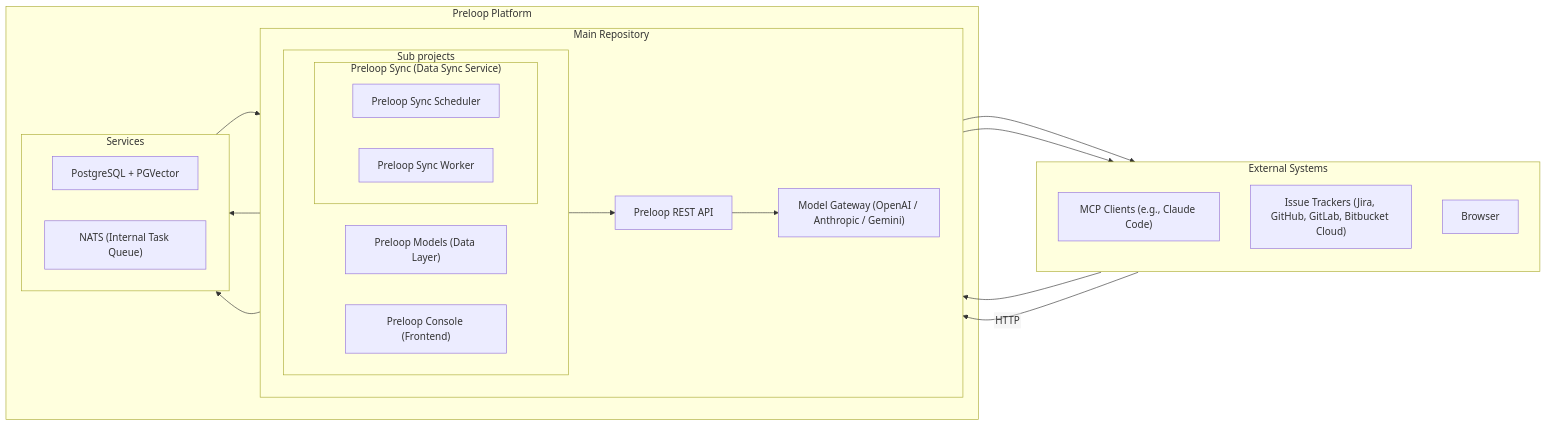
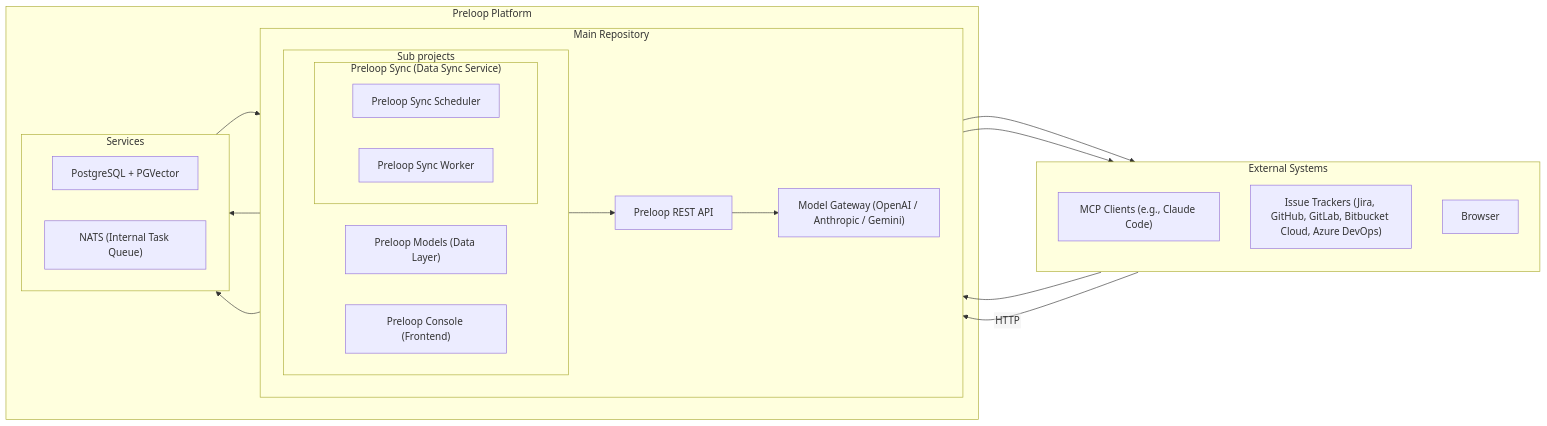
The diagram in ARCHITECTURE.md (preloop/preloop), drawn with Mermaid before and after one commit. The commit also changed 30 other files, not shown here.

First line of the commit message:
Treat Azure Boards work items as issues of the Azure DevOps tracker

````diff
--- a/ARCHITECTURE.md
+++ b/ARCHITECTURE.md
@@ -23,43 +23,43 @@
 ```mermaid
 %%{init: {"flowchart": { "htmlLabels": false}} }%%
 graph LR
     subgraph "External Systems"
         direction TB
         MCP_Clients["MCP Clients (e.g., Claude Code)"]
-        Issue_Trackers["Issue Trackers (Jira, GitHub, GitLab, Bitbucket Cloud)"]
+        Issue_Trackers["Issue Trackers (Jira, GitHub, GitLab, Bitbucket Cloud, Azure DevOps)"]
         Browser["Browser"]
     end
     subgraph "Preloop Platform"
         subgraph "Main Repository"
             direction LR
             API["Preloop REST API"]
             Gateway["Model Gateway (OpenAI / Anthropic / Gemini)"]
             subgraph "Sub projects"
                 direction LR
                 preloop.models["Preloop Models (Data Layer)"]
                 subgraph "Preloop Sync (Data Sync Service)"
                     Scheduler["Preloop Sync Scheduler"]
                     Worker["Preloop Sync Worker"]
                 end
                 PreloopConsole["Preloop Console (Frontend)"]
             end
         end
         subgraph "Services"
             direction RL
             DB["PostgreSQL + PGVector"]
             NATS["NATS (Internal Task Queue)"]
         end
 
 
     end
     Browser --> PreloopConsole
     preloop.models --> DB
     API --> Gateway
     Scheduler --> NATS
     NATS --> Worker
     Worker --> Issue_Trackers
     API --> Issue_Trackers
 
     MCP_Clients -- HTTP --> API
     PreloopConsole --> API
 ```
````
